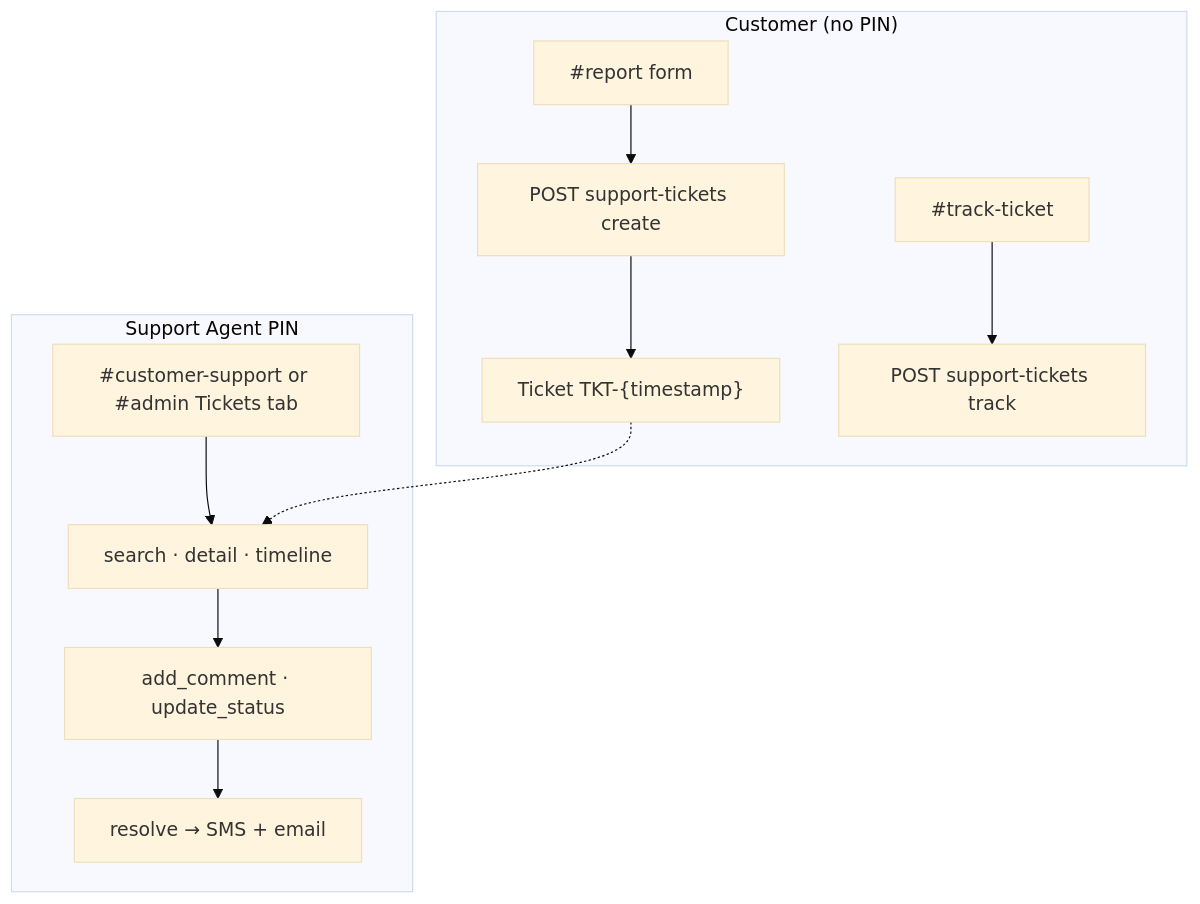
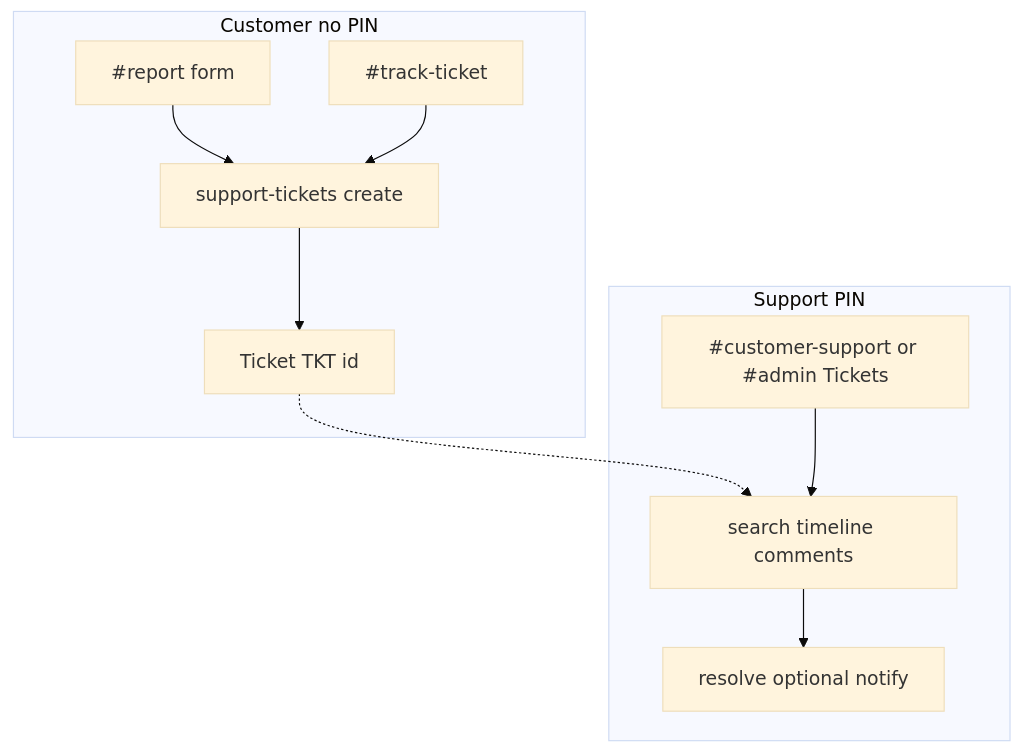
The sixth of 7 diagrams in docs/APP-DATA-FLOW.md (scanversecorp/scanverse), drawn with Mermaid (base theme) before and after one commit. The commit also changed other lines of this file and 14 other files, not shown here.

First line of the commit message:
Update architecture and data-flow diagrams for v5.5.3.

````diff
--- a/docs/APP-DATA-FLOW.md
+++ b/docs/APP-DATA-FLOW.md
@@ -146,22 +183,20 @@
 ```mermaid
 flowchart TD
-    subgraph Public["Customer (no PIN)"]
+    subgraph Public["Customer no PIN"]
         R1["#report form"]
-        R2["POST support-tickets create"]
-        R3["Ticket TKT-{timestamp}"]
+        R2["support-tickets create"]
+        R3["Ticket TKT id"]
         T1["#track-ticket"]
-        T2["POST support-tickets track"]
     end
 
-    subgraph Agent["Support Agent PIN"]
-        A1["#customer-support or #admin Tickets tab"]
-        A2["search · detail · timeline"]
-        A3["add_comment · update_status"]
-        A4["resolve → SMS + email"]
+    subgraph Agent["Support PIN"]
+        A1["#customer-support or #admin Tickets"]
+        A2["search timeline comments"]
+        A3["resolve optional notify"]
     end
 
     R1 --> R2 --> R3
-    T1 --> T2
-    A1 --> A2 --> A3 --> A4
+    T1 --> R2
     R3 -.-> A2
+    A1 --> A2 --> A3
 ```
````
